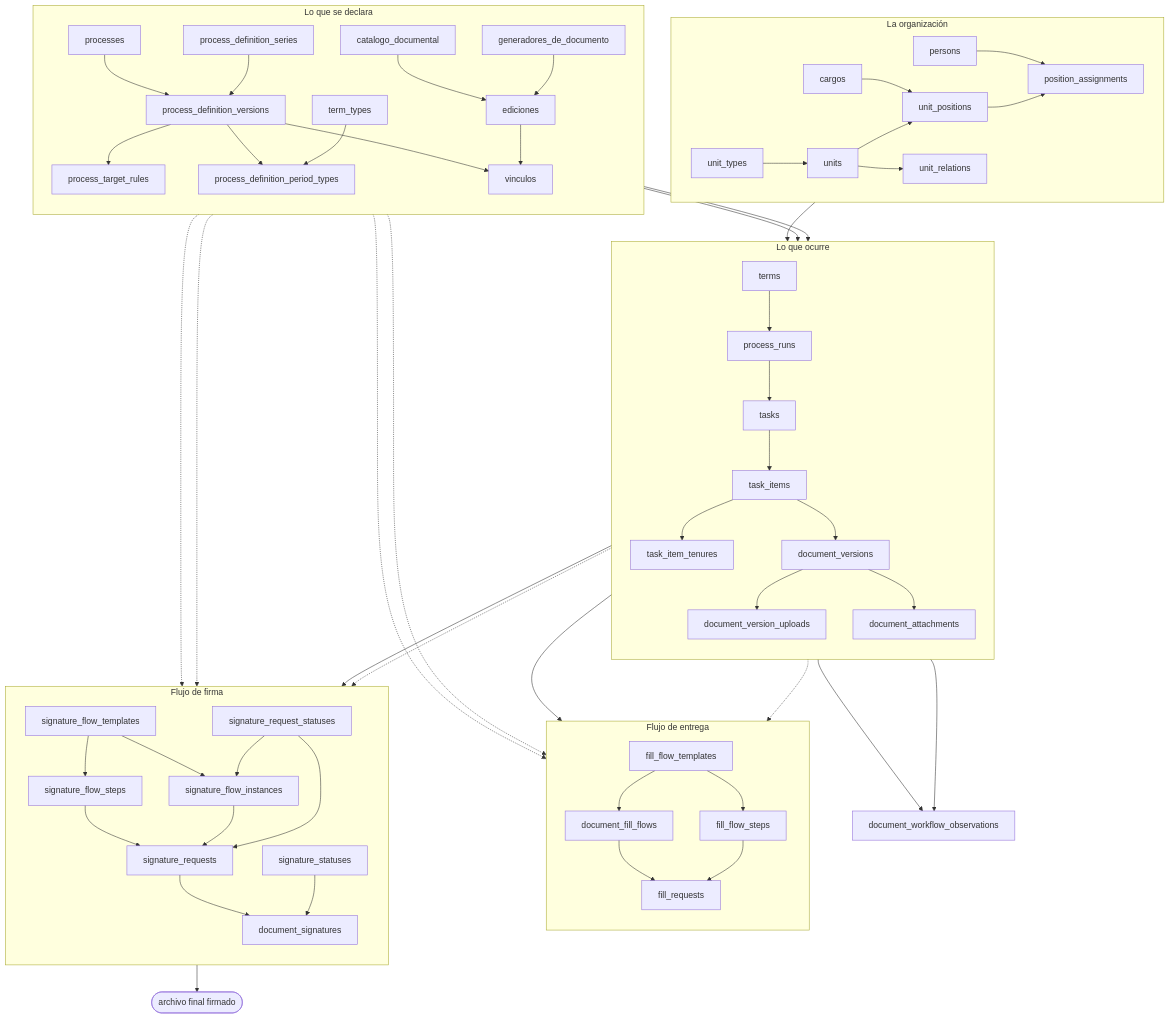
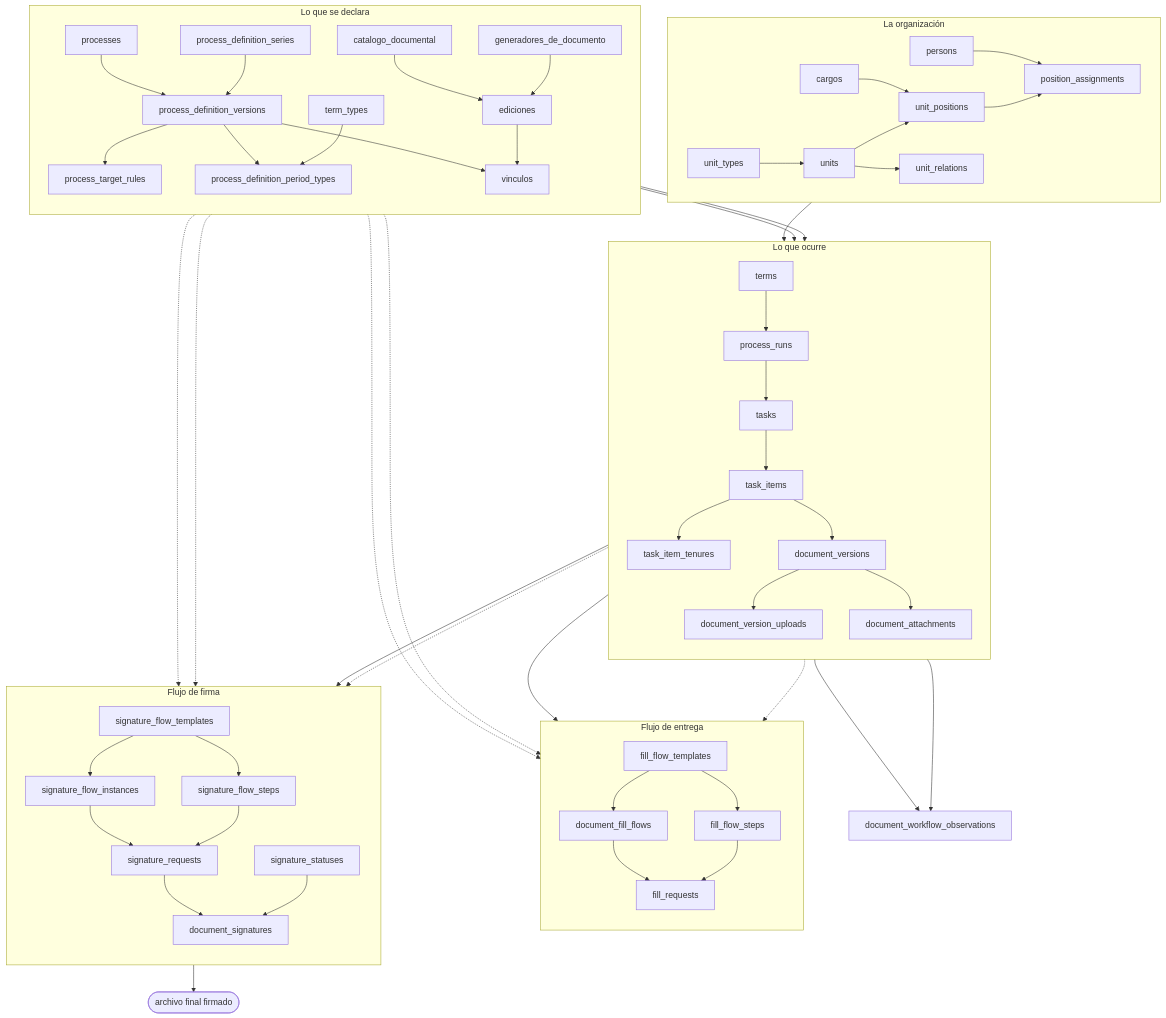
Before and after one commit to fresvel/deasy: the diagram in docs/src/content/docs/modelo/mapa-completo.md, drawn with Mermaid. The commit also changed other lines of this file and 55 other files, not shown here.

````diff
--- a/docs/src/content/docs/modelo/mapa-completo.md
+++ b/docs/src/content/docs/modelo/mapa-completo.md
@@ -22,71 +22,69 @@
 ```mermaid
 flowchart TB
   subgraph ORG["La organización"]
     direction LR
     UT["unit_types"] --> U["units"]
     U --> UP["unit_positions"]
     C["cargos"] --> UP
     UP --> PA["position_assignments"]
     P["persons"] --> PA
     U --> UR["unit_relations"]
   end
 
   subgraph DECL["Lo que se declara"]
     direction TB
     PR["processes"] --> PDV["process_definition_versions"]
     SER["process_definition_series"] --> PDV
     PDV --> PTR["process_target_rules"]
     PDV --> PDPT["process_definition_period_types"]
     TT["term_types"] --> PDPT
     DEL["catalogo_documental"] --> TA["ediciones"]
     GEN["generadores_de_documento"] --> TA
     PDV --> PDT["vinculos"]
     TA --> PDT
   end
 
   subgraph EJEC["Lo que ocurre"]
     direction TB
     PDV --> RUN["process_runs"]
     TERM["terms"] --> RUN
     RUN --> T["tasks"]
     T --> TI["task_items"]
     PDT --> TI
     UP --> TI
     TI --> TEN["task_item_tenures"]
     TI --> DV["document_versions"]
     DV --> DVU["document_version_uploads"]
     DV --> DA["document_attachments"]
   end
 
   subgraph ENT["Flujo de entrega"]
     direction TB
     FFT["fill_flow_templates"] --> FFS["fill_flow_steps"]
     FFT --> DFF["document_fill_flows"]
     DFF --> FR["fill_requests"]
     FFS --> FR
   end
 
   subgraph FIR["Flujo de firma"]
     direction TB
     SFT["signature_flow_templates"] --> SFS["signature_flow_steps"]
     SFT --> SFI["signature_flow_instances"]
     SFI --> SR["signature_requests"]
     SFS --> SR
     SR --> DS["document_signatures"]
-    SRS["signature_request_statuses"] --> SFI
-    SRS --> SR
     SS["signature_statuses"] --> DS
   end
 
   TA -.-> FFT
   PDT -.-> FFT
   TI -.-> FFT
   TA -.-> SFT
   PDT -.-> SFT
   TI -.-> SFT
   DV --> DFF
   DV --> SFI
   DS --> FIN(["archivo final firmado"])
   TI --> OBS["document_workflow_observations"]
   DV --> OBS
 ```
````
